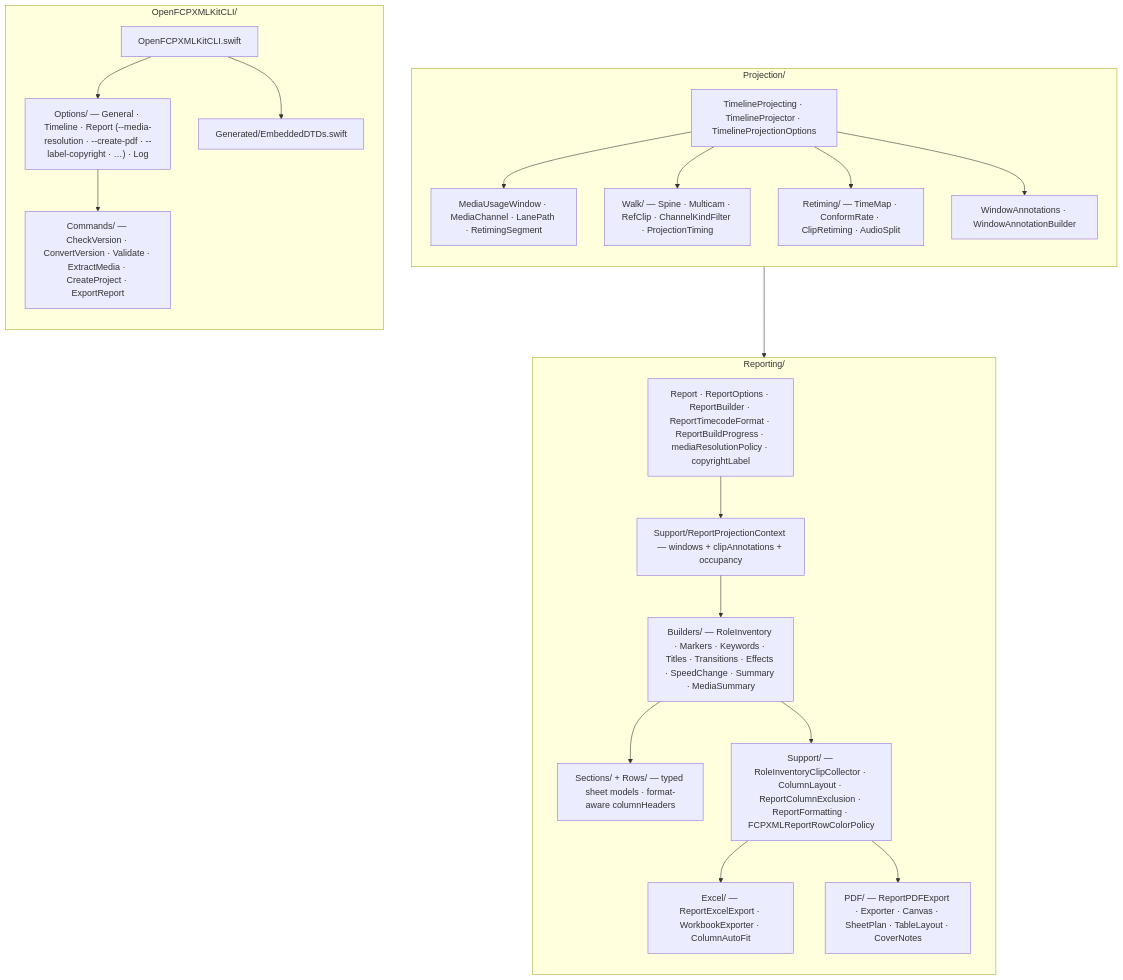
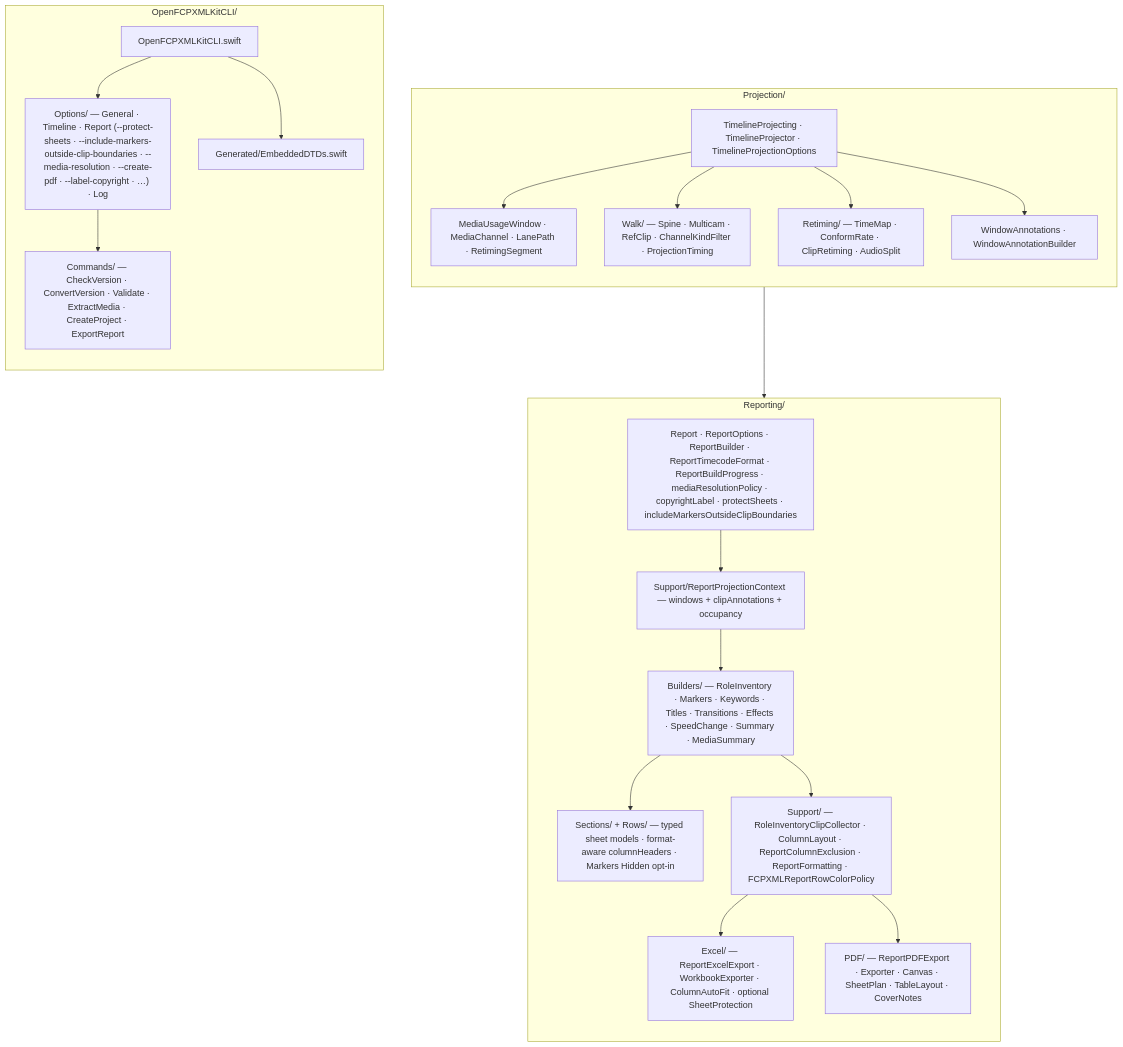
One commit to TheAcharya/OpenFCPXMLKit changed the third of 4 diagrams in ARCHITECTURE.md. Above: the diagram before and after it, drawn with Mermaid. The commit also changed other lines of this file and 17 other files, not shown here.

````diff
--- a/ARCHITECTURE.md
+++ b/ARCHITECTURE.md
@@ -204,42 +208,42 @@
 ```mermaid
 flowchart TB
     subgraph PRJ_DETAIL["Projection/"]
         direction TB
         P_API["TimelineProjecting · TimelineProjector · TimelineProjectionOptions"]
         P_WIN["MediaUsageWindow · MediaChannel · LanePath · RetimingSegment"]
         P_WALK["Walk/ — Spine · Multicam · RefClip · ChannelKindFilter · ProjectionTiming"]
         P_RET["Retiming/ — TimeMap · ConformRate · ClipRetiming · AudioSplit"]
         P_ANN["WindowAnnotations · WindowAnnotationBuilder"]
         P_API --> P_WIN
         P_API --> P_WALK
         P_API --> P_RET
         P_API --> P_ANN
     end
 
     subgraph REP_DETAIL["Reporting/"]
         direction TB
-        R_TOP["Report · ReportOptions · ReportBuilder · ReportTimecodeFormat · ReportBuildProgress · mediaResolutionPolicy · copyrightLabel"]
+        R_TOP["Report · ReportOptions · ReportBuilder · ReportTimecodeFormat · ReportBuildProgress · mediaResolutionPolicy · copyrightLabel · protectSheets · includeMarkersOutsideClipBoundaries"]
         R_CTX["Support/ReportProjectionContext — windows + clipAnnotations + occupancy"]
         R_BLD["Builders/ — RoleInventory · Markers · Keywords · Titles · Transitions · Effects · SpeedChange · Summary · MediaSummary"]
-        R_SEC["Sections/ + Rows/ — typed sheet models · format-aware columnHeaders"]
+        R_SEC["Sections/ + Rows/ — typed sheet models · format-aware columnHeaders · Markers Hidden opt-in"]
         R_SUP["Support/ — RoleInventoryClipCollector · ColumnLayout · ReportColumnExclusion · ReportFormatting · FCPXMLReportRowColorPolicy"]
-        R_XLS["Excel/ — ReportExcelExport · WorkbookExporter · ColumnAutoFit"]
+        R_XLS["Excel/ — ReportExcelExport · WorkbookExporter · ColumnAutoFit · optional SheetProtection"]
         R_PDF["PDF/ — ReportPDFExport · Exporter · Canvas · SheetPlan · TableLayout · CoverNotes"]
         R_TOP --> R_CTX --> R_BLD --> R_SEC
         R_BLD --> R_SUP
         R_SUP --> R_XLS
         R_SUP --> R_PDF
     end
 
     PRJ_DETAIL --> REP_DETAIL
 
     subgraph CLI_DETAIL["OpenFCPXMLKitCLI/"]
         direction TB
         C_ROOT["OpenFCPXMLKitCLI.swift"]
-        C_OPT["Options/ — General · Timeline · Report (--media-resolution · --create-pdf · --label-copyright · …) · Log"]
+        C_OPT["Options/ — General · Timeline · Report (--protect-sheets · --include-markers-outside-clip-boundaries · --media-resolution · --create-pdf · --label-copyright · …) · Log"]
         C_CMD["Commands/ — CheckVersion · ConvertVersion · Validate · ExtractMedia · CreateProject · ExportReport"]
         C_GEN["Generated/EmbeddedDTDs.swift"]
         C_ROOT --> C_OPT --> C_CMD
         C_ROOT --> C_GEN
     end
 ```
````
